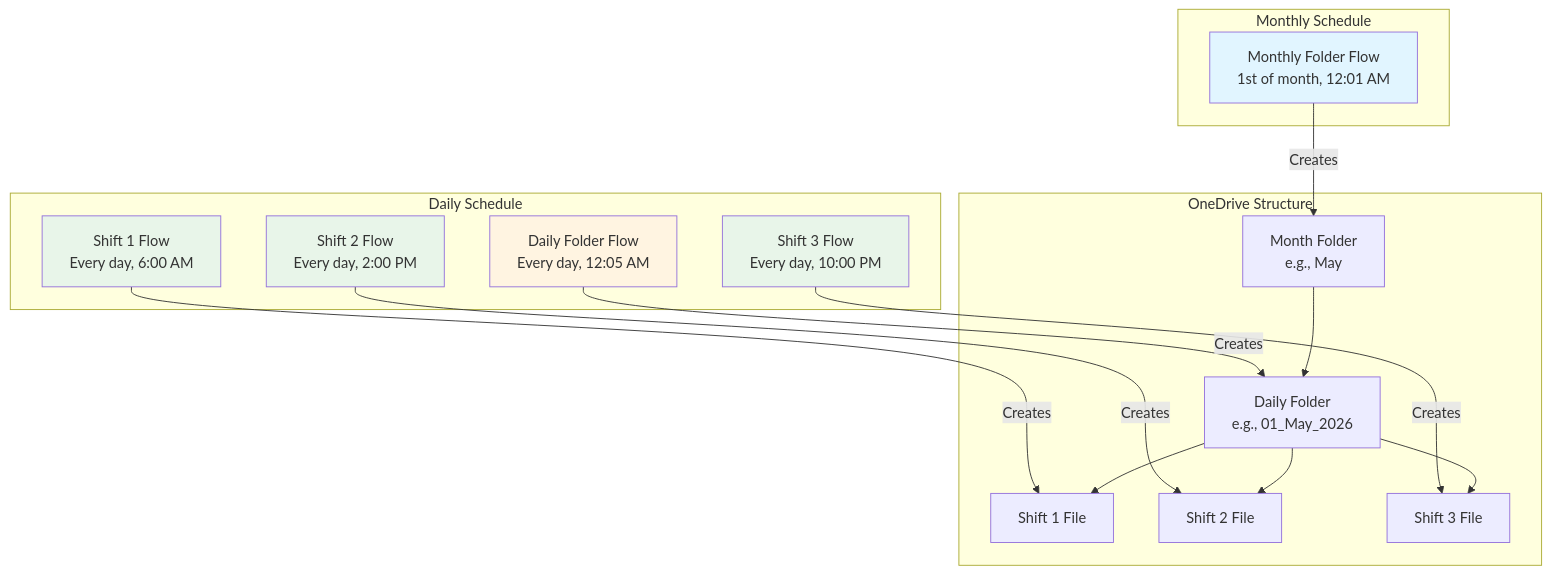
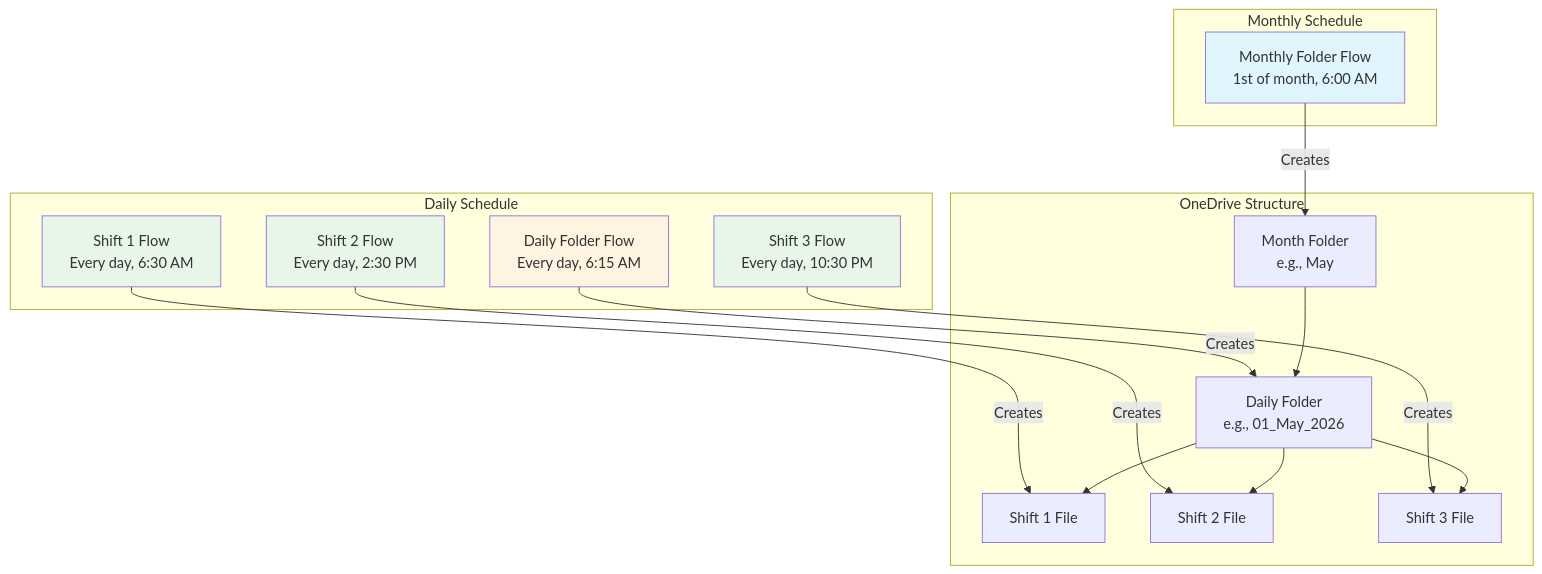
Before and after one commit to vignesh191024/Excel_Power_Automate: the second of 4 diagrams in Quick_Reference_Guide.md, drawn with Mermaid. The commit also changed other lines of this file and 3 other files, not shown here.

Commit message:
Update Power Automate flow schedules: Monthly folder at 6:00 AM, Daily folder at 6:15 AM, Shift files at 6:30 AM, 2:30 PM, and 10:30 PM IST

````diff
--- a/Quick_Reference_Guide.md
+++ b/Quick_Reference_Guide.md
@@ -57,38 +57,38 @@
 ```mermaid
 graph TB
     subgraph "Monthly Schedule"
-        A[Monthly Folder Flow<br/>1st of month, 12:01 AM]
+        A[Monthly Folder Flow<br/>1st of month, 6:00 AM]
     end
     
     subgraph "Daily Schedule"
-        B[Daily Folder Flow<br/>Every day, 12:05 AM]
-        C[Shift 1 Flow<br/>Every day, 6:00 AM]
-        D[Shift 2 Flow<br/>Every day, 2:00 PM]
-        E[Shift 3 Flow<br/>Every day, 10:00 PM]
+        B[Daily Folder Flow<br/>Every day, 6:15 AM]
+        C[Shift 1 Flow<br/>Every day, 6:30 AM]
+        D[Shift 2 Flow<br/>Every day, 2:30 PM]
+        E[Shift 3 Flow<br/>Every day, 10:30 PM]
     end
     
     subgraph "OneDrive Structure"
         F[Month Folder<br/>e.g., May]
         G[Daily Folder<br/>e.g., 01_May_2026]
         H[Shift 1 File]
         I[Shift 2 File]
         J[Shift 3 File]
     end
     
     A -->|Creates| F
     B -->|Creates| G
     C -->|Creates| H
     D -->|Creates| I
     E -->|Creates| J
     
     F --> G
     G --> H
     G --> I
     G --> J
     
     style A fill:#e1f5ff
     style B fill:#fff4e1
     style C fill:#e8f5e9
     style D fill:#e8f5e9
     style E fill:#e8f5e9
 ```
````
